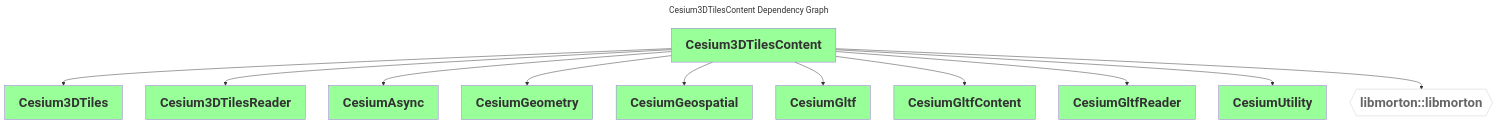
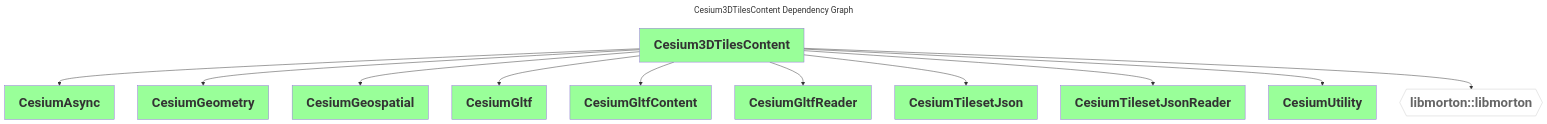
One commit to CesiumGS/cesium-native changed the diagram in doc/diagrams/dependencies/Cesium3DTilesContent.mmd. Above: the diagram before and after it, drawn with Mermaid. The commit also changed 9 other files, not shown here.

Commit message:
Regenerate dependency graphs

```diff
--- a/doc/diagrams/dependencies/Cesium3DTilesContent.mmd
+++ b/doc/diagrams/dependencies/Cesium3DTilesContent.mmd
@@ -1,20 +1,20 @@
 ---
 comment: This file was generated by dep-graph-gen. DO NOT EDIT THIS FILE!
 
 title: Cesium3DTilesContent Dependency Graph
 ---
 graph TD
   classDef dependencyNode fill:#fff,stroke:#ccc,color:#666,font-weight:bold,font-size:28px
   classDef libraryNode fill:#9f9,font-weight:bold,font-size:28px
-  Cesium3DTilesContent[Cesium3DTilesContent] --> Cesium3DTiles[Cesium3DTiles]
-  Cesium3DTilesContent[Cesium3DTilesContent] --> Cesium3DTilesReader[Cesium3DTilesReader]
   Cesium3DTilesContent[Cesium3DTilesContent] --> CesiumAsync[CesiumAsync]
   Cesium3DTilesContent[Cesium3DTilesContent] --> CesiumGeometry[CesiumGeometry]
   Cesium3DTilesContent[Cesium3DTilesContent] --> CesiumGeospatial[CesiumGeospatial]
   Cesium3DTilesContent[Cesium3DTilesContent] --> CesiumGltf[CesiumGltf]
   Cesium3DTilesContent[Cesium3DTilesContent] --> CesiumGltfContent[CesiumGltfContent]
   Cesium3DTilesContent[Cesium3DTilesContent] --> CesiumGltfReader[CesiumGltfReader]
+  Cesium3DTilesContent[Cesium3DTilesContent] --> CesiumTilesetJson[CesiumTilesetJson]
+  Cesium3DTilesContent[Cesium3DTilesContent] --> CesiumTilesetJsonReader[CesiumTilesetJsonReader]
   Cesium3DTilesContent[Cesium3DTilesContent] --> CesiumUtility[CesiumUtility]
   Cesium3DTilesContent[Cesium3DTilesContent] --> libmorton_libmorton{{libmorton::libmorton}}
   class libmorton_libmorton dependencyNode
-  class Cesium3DTiles,Cesium3DTilesReader,CesiumAsync,CesiumGeometry,CesiumGeospatial,CesiumGltf,CesiumGltfContent,CesiumGltfReader,CesiumUtility,Cesium3DTilesContent libraryNode
+  class CesiumAsync,CesiumGeometry,CesiumGeospatial,CesiumGltf,CesiumGltfContent,CesiumGltfReader,CesiumTilesetJson,CesiumTilesetJsonReader,CesiumUtility,Cesium3DTilesContent libraryNode
```
